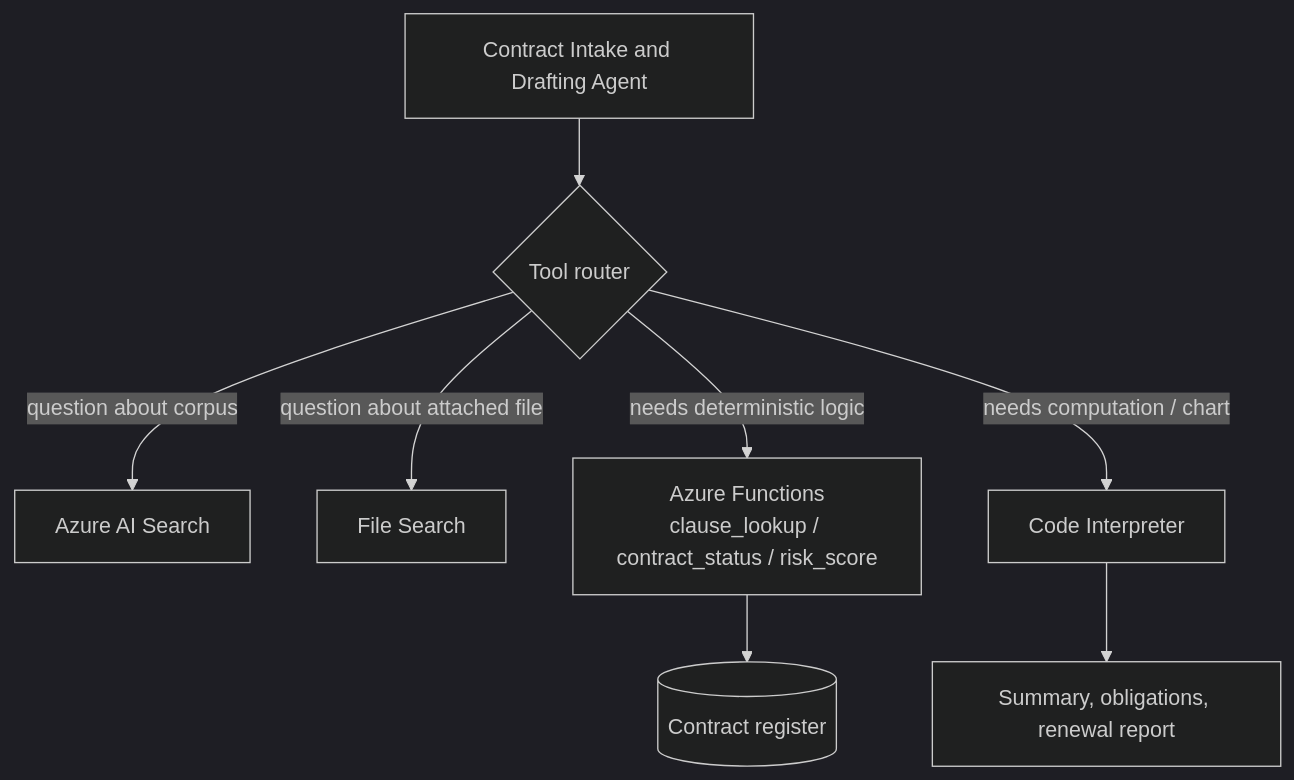
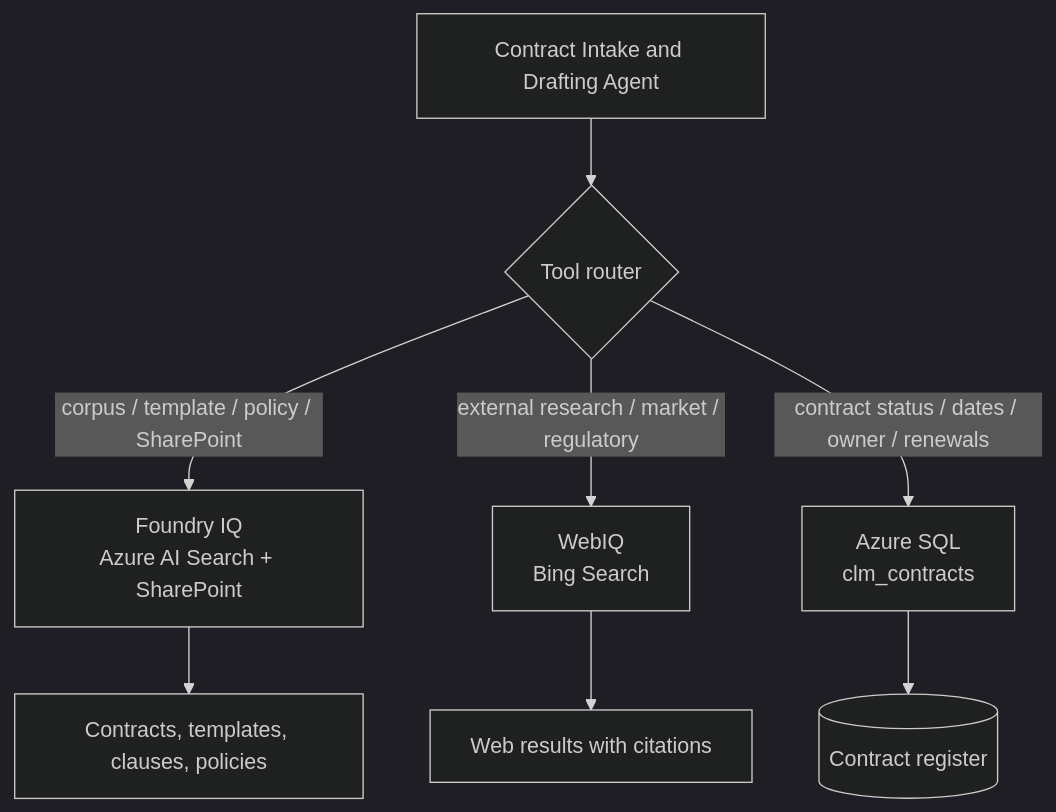
One commit to priyanka405/MS-Foundry-Microhack changed the diagram in challenges/challenge-3-tools-actions.md. Above: the diagram before and after it, drawn with Mermaid (dark theme). The commit also changed other lines of this file and 28 other files, not shown here.

First line of the commit message:
Rewrite CLM agent to 3-tool architecture: Foundry IQ, WebIQ, Azure SQL

````diff
--- a/challenges/challenge-3-tools-actions.md
+++ b/challenges/challenge-3-tools-actions.md
@@ -59,10 +66,10 @@
 ```mermaid
 flowchart TD
     A[Contract Intake and Drafting Agent] --> T{Tool router}
-    T -->|"question about corpus"| S[Azure AI Search]
-    T -->|"question about attached file"| FS[File Search]
-    T -->|"needs deterministic logic"| FN[Azure Functions<br/>clause_lookup / contract_status / risk_score]
-    T -->|"needs computation / chart"| CI[Code Interpreter]
-    FN --> DB[(Contract register)]
-    CI --> Out[Summary, obligations, renewal report]
+    T -->|"corpus / template / policy / SharePoint"| FIQ[Foundry IQ<br/>Azure AI Search + SharePoint]
+    T -->|"external research / market / regulatory"| WIQ[WebIQ<br/>Bing Search]
+    T -->|"contract status / dates / owner / renewals"| SQL[Azure SQL<br/>clm_contracts]
+    FIQ --> Docs[Contracts, templates, clauses, policies]
+    WIQ --> Web[Web results with citations]
+    SQL --> DB[(Contract register)]
 ```
````
